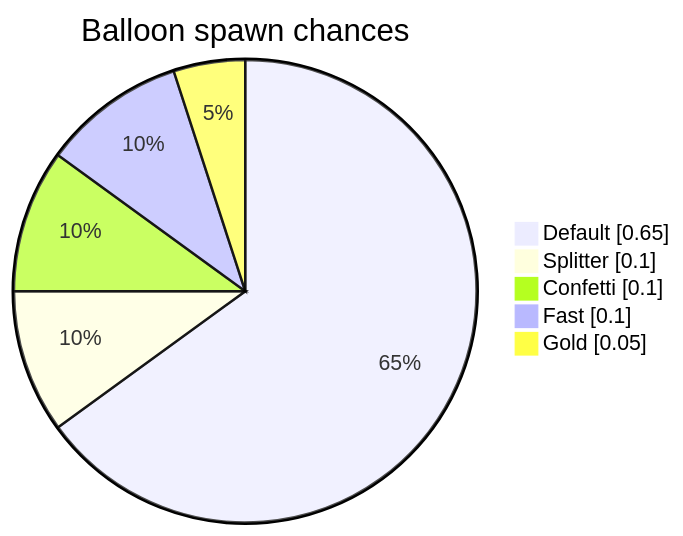
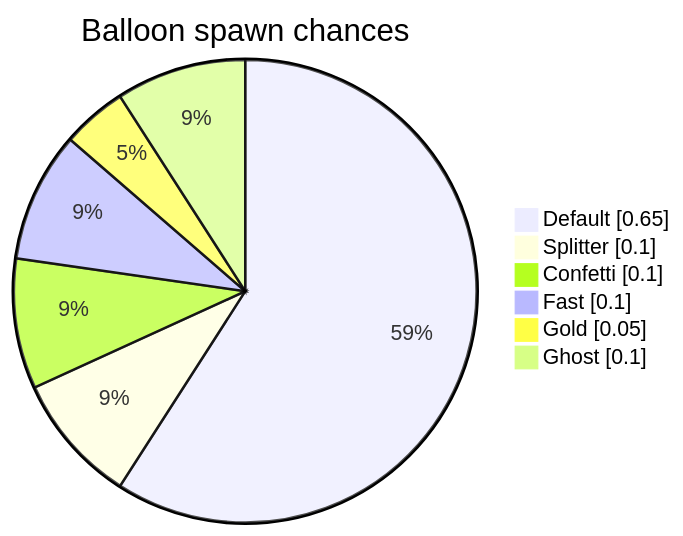
Before and after one commit to SimonStnn/pop-a-loon: the first of 3 diagrams in docs/README.md, drawn with Mermaid. The commit also changed other lines of this file and 3 other files, not shown here.

````diff
--- a/docs/README.md
+++ b/docs/README.md
@@ -273,9 +273,10 @@
 ```mermaid
 pie showData
 title Balloon spawn chances
    "Default" : 0.65
    "Splitter": 0.10
    "Confetti" : 0.10
    "Fast": 0.10
    "Gold": 0.05
+   "Ghost": 0.10
 ```
````
